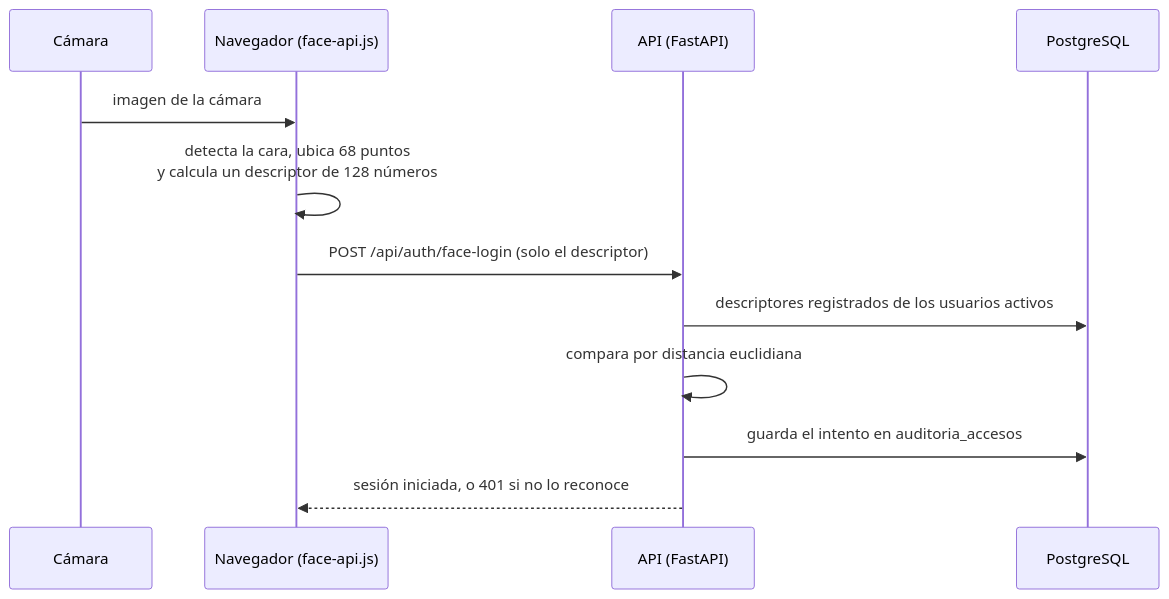
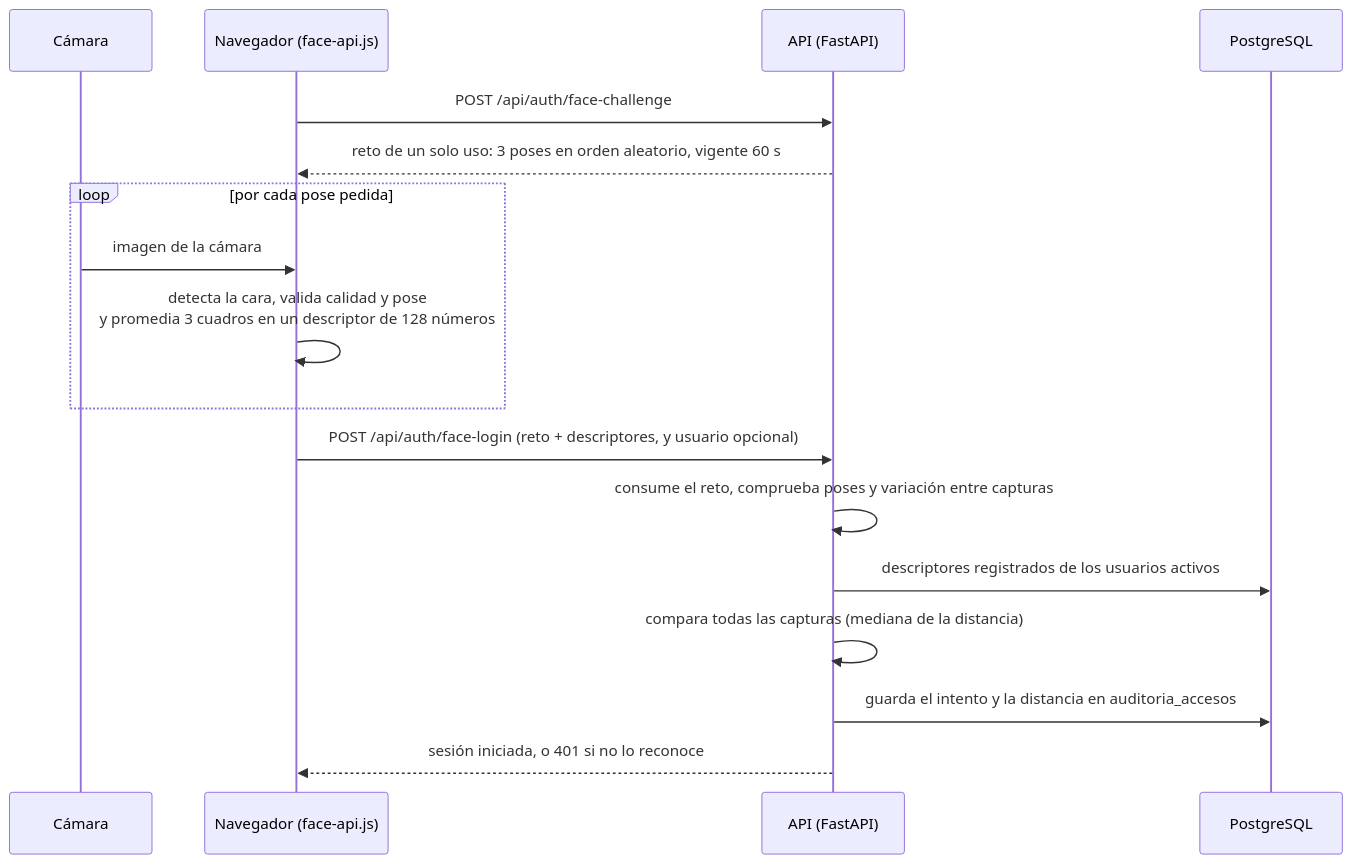
The diagram in docs/ia.md (Restaurante-Tattoria-Bellavista/restaurante-italiano-software), drawn with Mermaid before and after one commit. The commit also changed other lines of this file and 67 other files, not shown here.

First line of the commit message:
feat: pedido por voz con ESP32, localizador BLE, Face ID mejorado y autenticacion JWT

````diff
--- a/docs/ia.md
+++ b/docs/ia.md
@@ -11,15 +11,20 @@
 ```mermaid
 sequenceDiagram
     participant C as Cámara
     participant N as Navegador (face-api.js)
     participant A as API (FastAPI)
     participant B as PostgreSQL
 
-    C->>N: imagen de la cámara
-    N->>N: detecta la cara, ubica 68 puntos<br/>y calcula un descriptor de 128 números
-    N->>A: POST /api/auth/face-login (solo el descriptor)
+    N->>A: POST /api/auth/face-challenge
+    A-->>N: reto de un solo uso: 3 poses en orden aleatorio, vigente 60 s
+    loop por cada pose pedida
+        C->>N: imagen de la cámara
+        N->>N: detecta la cara, valida calidad y pose<br/>y promedia 3 cuadros en un descriptor de 128 números
+    end
+    N->>A: POST /api/auth/face-login (reto + descriptores, y usuario opcional)
+    A->>A: consume el reto, comprueba poses y variación entre capturas
     A->>B: descriptores registrados de los usuarios activos
-    A->>A: compara por distancia euclidiana
-    A->>B: guarda el intento en auditoria_accesos
+    A->>A: compara todas las capturas (mediana de la distancia)
+    A->>B: guarda el intento y la distancia en auditoria_accesos
     A-->>N: sesión iniciada, o 401 si no lo reconoce
 ```
````
